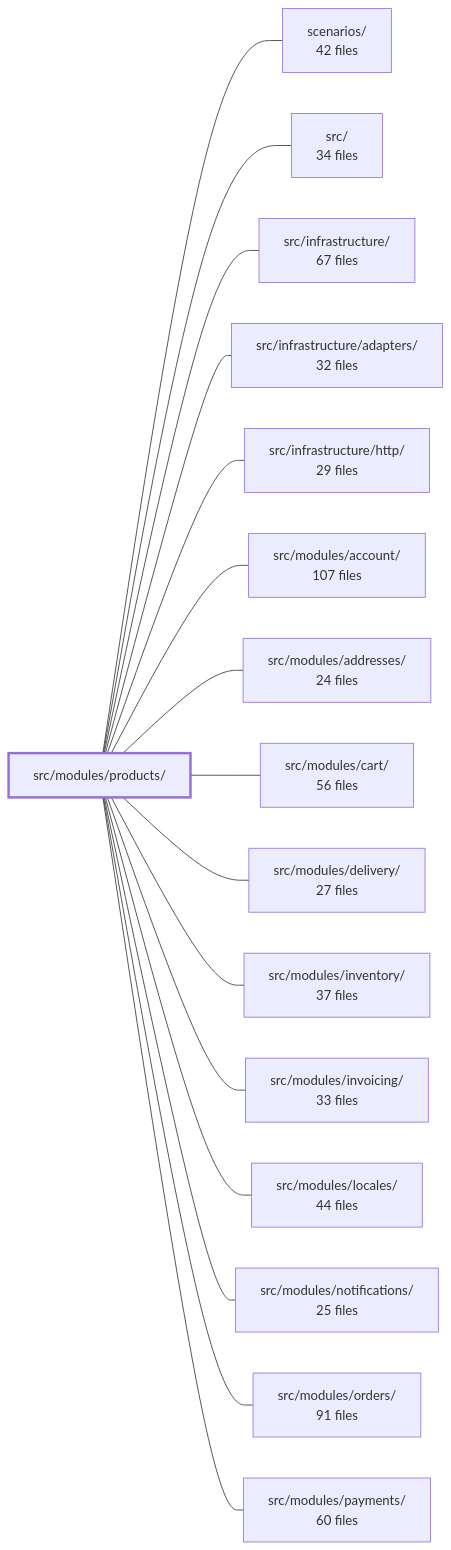
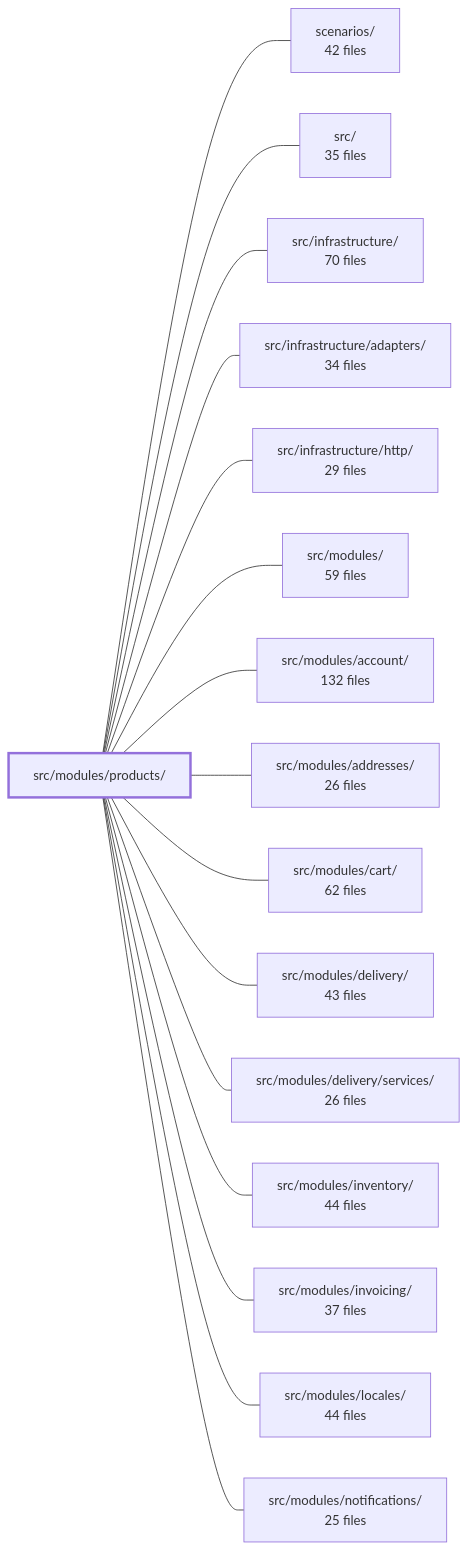
One commit to Guebbit/boilerplate-node-backend changed the diagram in .2brain/modules/boilerplate-node-backend_src_modules_products.md. Above: the diagram before and after it, drawn with Mermaid. The commit also changed other lines of this file and 40 other files, not shown here.

````diff
--- a/.2brain/modules/boilerplate-node-backend_src_modules_products.md
+++ b/.2brain/modules/boilerplate-node-backend_src_modules_products.md
@@ -49,35 +46,35 @@
 ```mermaid
 flowchart LR
     m_src_modules_products["src/modules/products/"]
     m_scenarios["scenarios/<br/>42 files"]
-    m_src["src/<br/>34 files"]
-    m_src_infrastructure["src/infrastructure/<br/>67 files"]
-    m_src_infrastructure_adapters["src/infrastructure/adapters/<br/>32 files"]
+    m_src["src/<br/>35 files"]
+    m_src_infrastructure["src/infrastructure/<br/>70 files"]
+    m_src_infrastructure_adapters["src/infrastructure/adapters/<br/>34 files"]
     m_src_infrastructure_http["src/infrastructure/http/<br/>29 files"]
-    m_src_modules_account["src/modules/account/<br/>107 files"]
-    m_src_modules_addresses["src/modules/addresses/<br/>24 files"]
-    m_src_modules_cart["src/modules/cart/<br/>56 files"]
-    m_src_modules_delivery["src/modules/delivery/<br/>27 files"]
-    m_src_modules_inventory["src/modules/inventory/<br/>37 files"]
-    m_src_modules_invoicing["src/modules/invoicing/<br/>33 files"]
+    m_src_modules["src/modules/<br/>59 files"]
+    m_src_modules_account["src/modules/account/<br/>132 files"]
+    m_src_modules_addresses["src/modules/addresses/<br/>26 files"]
+    m_src_modules_cart["src/modules/cart/<br/>62 files"]
+    m_src_modules_delivery["src/modules/delivery/<br/>43 files"]
+    m_src_modules_delivery_services["src/modules/delivery/services/<br/>26 files"]
+    m_src_modules_inventory["src/modules/inventory/<br/>44 files"]
+    m_src_modules_invoicing["src/modules/invoicing/<br/>37 files"]
     m_src_modules_locales["src/modules/locales/<br/>44 files"]
     m_src_modules_notifications["src/modules/notifications/<br/>25 files"]
-    m_src_modules_orders["src/modules/orders/<br/>91 files"]
-    m_src_modules_payments["src/modules/payments/<br/>60 files"]
     m_src_modules_products --- m_scenarios
     m_src_modules_products --- m_src
     m_src_modules_products --- m_src_infrastructure
     m_src_modules_products --- m_src_infrastructure_adapters
     m_src_modules_products --- m_src_infrastructure_http
+    m_src_modules_products --- m_src_modules
     m_src_modules_products --- m_src_modules_account
     m_src_modules_products --- m_src_modules_addresses
     m_src_modules_products --- m_src_modules_cart
     m_src_modules_products --- m_src_modules_delivery
+    m_src_modules_products --- m_src_modules_delivery_services
     m_src_modules_products --- m_src_modules_inventory
     m_src_modules_products --- m_src_modules_invoicing
     m_src_modules_products --- m_src_modules_locales
     m_src_modules_products --- m_src_modules_notifications
-    m_src_modules_products --- m_src_modules_orders
-    m_src_modules_products --- m_src_modules_payments
     style m_src_modules_products stroke-width:3px
 ```
````
